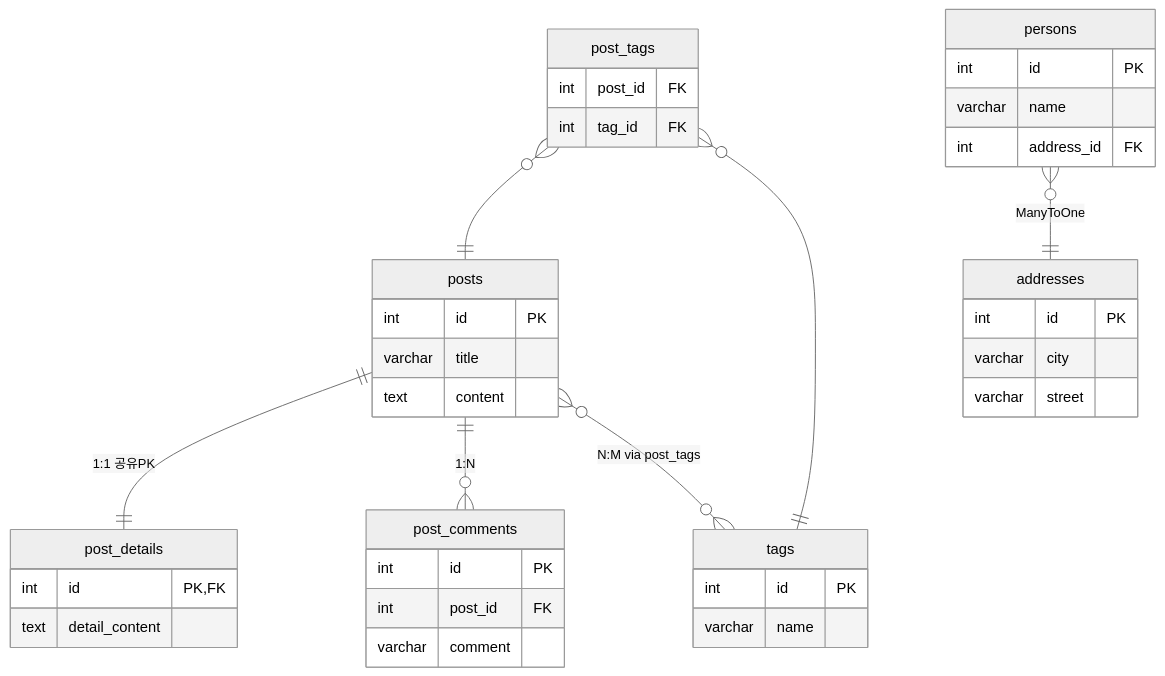
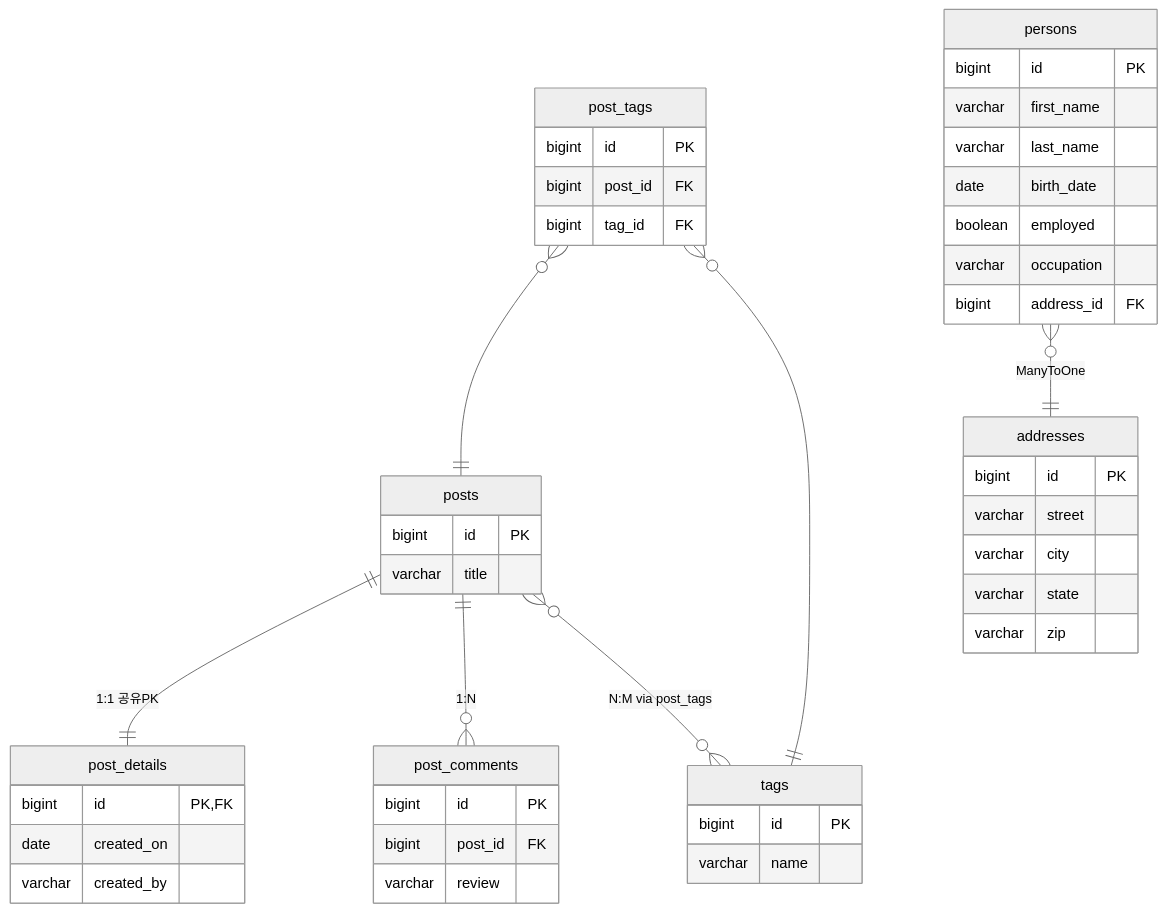
The third of 3 diagrams in 07-jpa-convert/01-convert-jpa-basic/README.ko.md (bluetape4k/exposed-r2dbc-workshop), drawn with Mermaid before and after one commit. The commit also changed 25 other files, not shown here.

````diff
--- a/07-jpa-convert/01-convert-jpa-basic/README.ko.md
+++ b/07-jpa-convert/01-convert-jpa-basic/README.ko.md
@@ -265,43 +265,50 @@
 ```mermaid
 %%{init: {"theme": "neutral"}}%%
 erDiagram
     posts {
-        int id PK
+        bigint id PK
         varchar title
-        text content
     }
     post_details {
-        int id PK,FK
-        text detail_content
+        bigint id PK,FK
+        date created_on
+        varchar created_by
     }
     post_comments {
-        int id PK
-        int post_id FK
-        varchar comment
+        bigint id PK
+        bigint post_id FK
+        varchar review
     }
     tags {
-        int id PK
+        bigint id PK
         varchar name
     }
     post_tags {
-        int post_id FK
-        int tag_id FK
+        bigint id PK
+        bigint post_id FK
+        bigint tag_id FK
     }
     persons {
-        int id PK
-        varchar name
-        int address_id FK
+        bigint id PK
+        varchar first_name
+        varchar last_name
+        date birth_date
+        boolean employed
+        varchar occupation
+        bigint address_id FK
     }
     addresses {
-        int id PK
+        bigint id PK
+        varchar street
         varchar city
-        varchar street
+        varchar state
+        varchar zip
     }
 
     posts ||--|| post_details : "1:1 공유PK"
     posts ||--o{ post_comments : "1:N"
     posts }o--o{ tags : "N:M via post_tags"
     post_tags }o--|| posts : ""
     post_tags }o--|| tags : ""
     persons }o--|| addresses : "ManyToOne"
 ```
````
